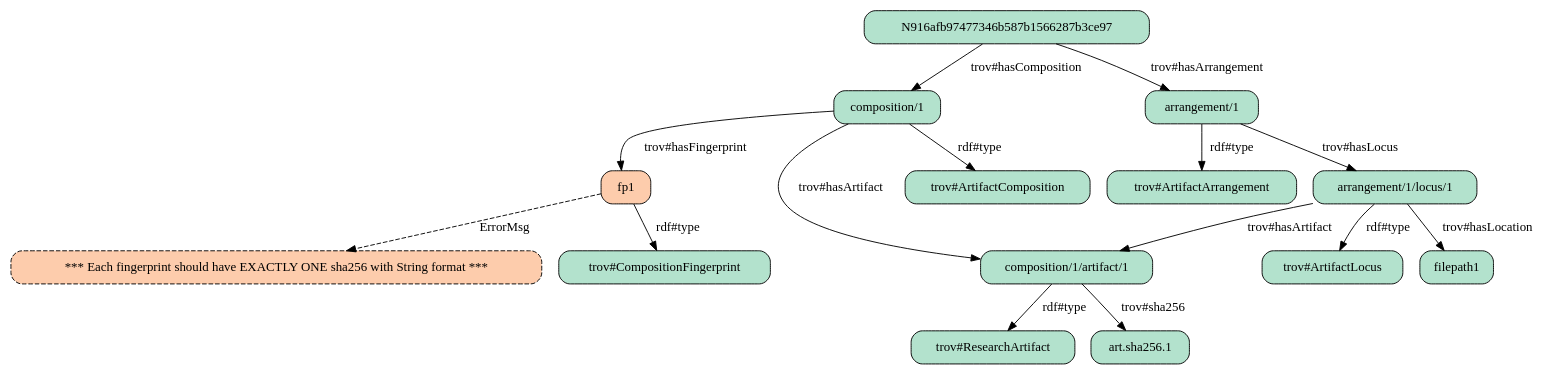
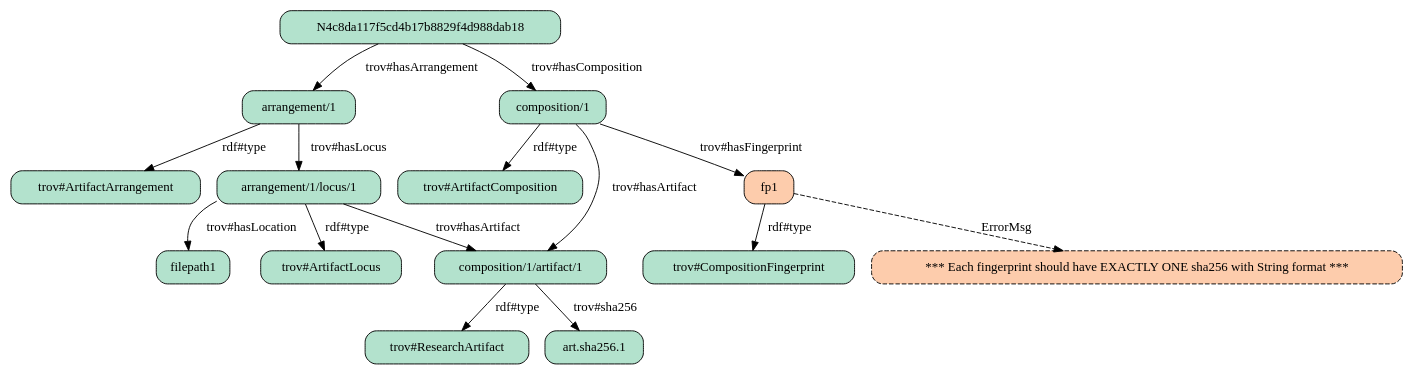
One commit to repros-dev/trace-model changed the diagram in demo/02-explorations/12-validate-jsonld/06-test-tro-wrong-cases/products/tro4.png.dot. Above: the diagram before and after it, drawn with Graphviz. The commit also changed 166 other files, not shown here.

```diff
--- a/demo/02-explorations/12-validate-jsonld/06-test-tro-wrong-cases/products/tro4.png.dot
+++ b/demo/02-explorations/12-validate-jsonld/06-test-tro-wrong-cases/products/tro4.png.dot
@@ -1,59 +1,59 @@
 strict digraph "" {
+	"arrangement/1"	[fillcolor="#b3e2cd",
+		shape=box,
+		style="filled, rounded"];
+	"arrangement/1/locus/1"	[fillcolor="#b3e2cd",
+		shape=box,
+		style="filled, rounded"];
+	"arrangement/1" -> "arrangement/1/locus/1"	[label="trov#hasLocus"];
+	"trov#ArtifactArrangement"	[fillcolor="#b3e2cd",
+		shape=box,
+		style="filled, rounded"];
+	"arrangement/1" -> "trov#ArtifactArrangement"	[label="rdf#type"];
+	filepath1	[fillcolor="#b3e2cd",
+		shape=box,
+		style="filled, rounded"];
+	"arrangement/1/locus/1" -> filepath1	[label="trov#hasLocation"];
 	"composition/1/artifact/1"	[fillcolor="#b3e2cd",
 		shape=box,
 		style="filled, rounded"];
-	"trov#ResearchArtifact"	[fillcolor="#b3e2cd",
+	"arrangement/1/locus/1" -> "composition/1/artifact/1"	[label="trov#hasArtifact"];
+	"trov#ArtifactLocus"	[fillcolor="#b3e2cd",
 		shape=box,
 		style="filled, rounded"];
-	"composition/1/artifact/1" -> "trov#ResearchArtifact"	[label="rdf#type"];
-	"art.sha256.1"	[fillcolor="#b3e2cd",
+	"arrangement/1/locus/1" -> "trov#ArtifactLocus"	[label="rdf#type"];
+	N4c8da117f5cd4b17b8829f4d988dab18	[fillcolor="#b3e2cd",
 		shape=box,
 		style="filled, rounded"];
-	"composition/1/artifact/1" -> "art.sha256.1"	[label="trov#sha256"];
+	N4c8da117f5cd4b17b8829f4d988dab18 -> "arrangement/1"	[label="trov#hasArrangement"];
 	"composition/1"	[fillcolor="#b3e2cd",
 		shape=box,
 		style="filled, rounded"];
+	N4c8da117f5cd4b17b8829f4d988dab18 -> "composition/1"	[label="trov#hasComposition"];
+	fp1	[fillcolor="#fdccac",
+		shape=box,
+		style="filled, rounded"];
+	"composition/1" -> fp1	[label="trov#hasFingerprint"];
 	"composition/1" -> "composition/1/artifact/1"	[label="trov#hasArtifact"];
 	"trov#ArtifactComposition"	[fillcolor="#b3e2cd",
 		shape=box,
 		style="filled, rounded"];
 	"composition/1" -> "trov#ArtifactComposition"	[label="rdf#type"];
-	fp1	[fillcolor="#fdccac",
-		shape=box,
-		style="filled, rounded"];
-	"composition/1" -> fp1	[label="trov#hasFingerprint"];
 	"trov#CompositionFingerprint"	[fillcolor="#b3e2cd",
 		shape=box,
 		style="filled, rounded"];
 	fp1 -> "trov#CompositionFingerprint"	[label="rdf#type"];
 	"*** Each fingerprint should have EXACTLY ONE sha256 with String format ***"	[fillcolor="#fdccac",
 		shape=box,
 		style="filled, rounded, dashed"];
 	fp1 -> "*** Each fingerprint should have EXACTLY ONE sha256 with String format ***"	[label=ErrorMsg,
 		style=dashed];
-	N916afb97477346b587b1566287b3ce97	[fillcolor="#b3e2cd",
+	"trov#ResearchArtifact"	[fillcolor="#b3e2cd",
 		shape=box,
 		style="filled, rounded"];
-	N916afb97477346b587b1566287b3ce97 -> "composition/1"	[label="trov#hasComposition"];
-	"arrangement/1"	[fillcolor="#b3e2cd",
+	"composition/1/artifact/1" -> "trov#ResearchArtifact"	[label="rdf#type"];
+	"art.sha256.1"	[fillcolor="#b3e2cd",
 		shape=box,
 		style="filled, rounded"];
-	N916afb97477346b587b1566287b3ce97 -> "arrangement/1"	[label="trov#hasArrangement"];
-	"arrangement/1/locus/1"	[fillcolor="#b3e2cd",
-		shape=box,
-		style="filled, rounded"];
-	"arrangement/1/locus/1" -> "composition/1/artifact/1"	[label="trov#hasArtifact"];
-	"trov#ArtifactLocus"	[fillcolor="#b3e2cd",
-		shape=box,
-		style="filled, rounded"];
-	"arrangement/1/locus/1" -> "trov#ArtifactLocus"	[label="rdf#type"];
-	filepath1	[fillcolor="#b3e2cd",
-		shape=box,
-		style="filled, rounded"];
-	"arrangement/1/locus/1" -> filepath1	[label="trov#hasLocation"];
-	"arrangement/1" -> "arrangement/1/locus/1"	[label="trov#hasLocus"];
-	"trov#ArtifactArrangement"	[fillcolor="#b3e2cd",
-		shape=box,
-		style="filled, rounded"];
-	"arrangement/1" -> "trov#ArtifactArrangement"	[label="rdf#type"];
+	"composition/1/artifact/1" -> "art.sha256.1"	[label="trov#sha256"];
 }
```
